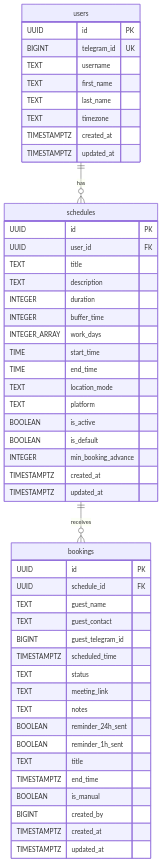
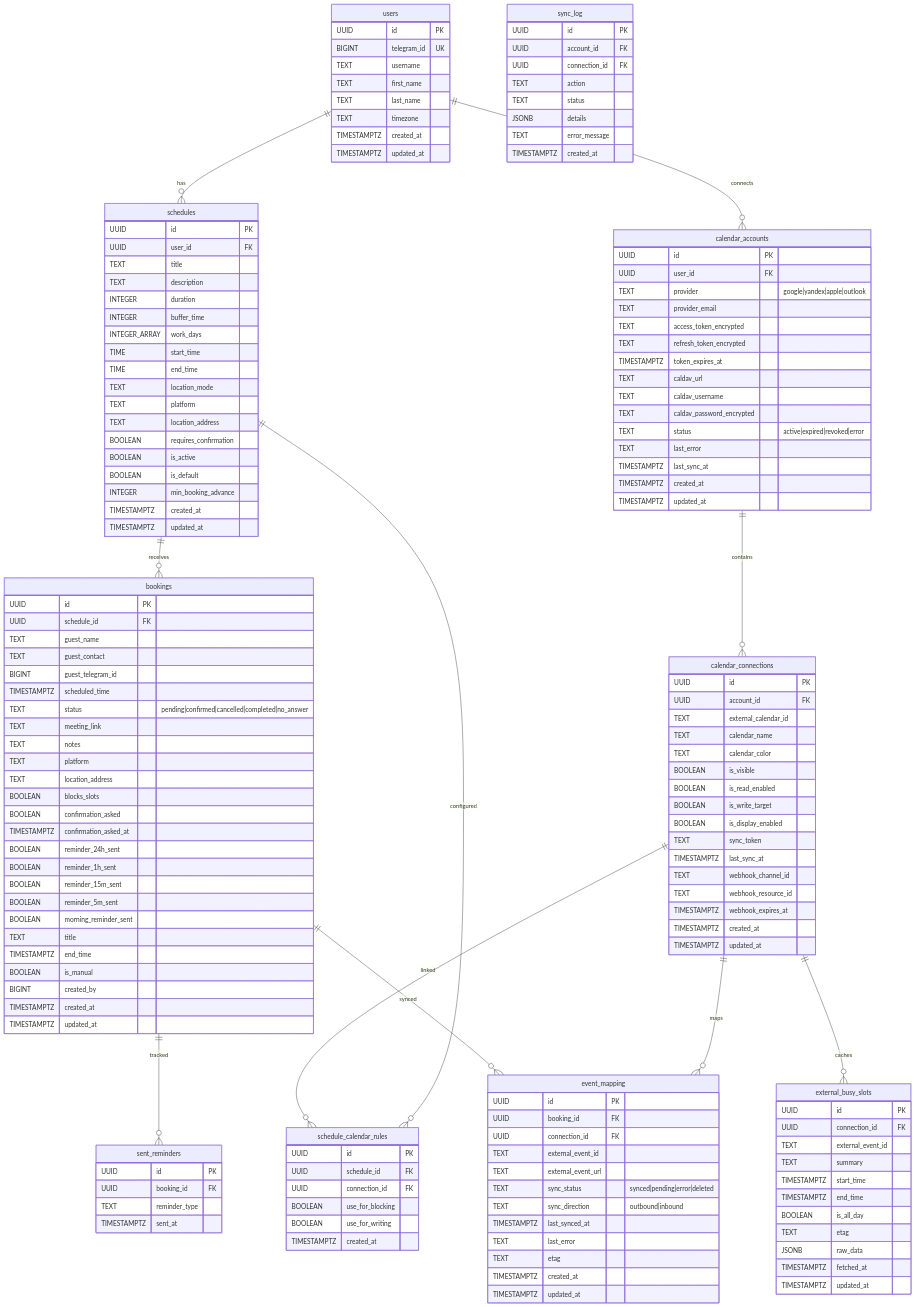
The fourth of 8 diagrams in docs/ARCHITECTURE.md (iwantproger/do_vstrechi), drawn with Mermaid before and after one commit. The commit also changed other lines of this file and 8 other files, not shown here.

````diff
--- a/docs/ARCHITECTURE.md
+++ b/docs/ARCHITECTURE.md
@@ -188,7 +227,15 @@
 ```mermaid
 erDiagram
     users ||--o{ schedules : "has"
+    users ||--o{ calendar_accounts : "connects"
     schedules ||--o{ bookings : "receives"
+    schedules ||--o{ schedule_calendar_rules : "configured"
+    calendar_accounts ||--o{ calendar_connections : "contains"
+    calendar_connections ||--o{ schedule_calendar_rules : "linked"
+    calendar_connections ||--o{ external_busy_slots : "caches"
+    calendar_connections ||--o{ event_mapping : "maps"
+    bookings ||--o{ event_mapping : "synced"
+    bookings ||--o{ sent_reminders : "tracked"
 
     users {
         UUID id PK
@@ -213,6 +260,8 @@
         TIME end_time
         TEXT location_mode
         TEXT platform
+        TEXT location_address
+        BOOLEAN requires_confirmation
         BOOLEAN is_active
         BOOLEAN is_default
         INTEGER min_booking_advance
@@ -227,11 +276,19 @@
         TEXT guest_contact
         BIGINT guest_telegram_id
         TIMESTAMPTZ scheduled_time
-        TEXT status
+        TEXT status "pending|confirmed|cancelled|completed|no_answer"
         TEXT meeting_link
         TEXT notes
+        TEXT platform
+        TEXT location_address
+        BOOLEAN blocks_slots
+        BOOLEAN confirmation_asked
+        TIMESTAMPTZ confirmation_asked_at
         BOOLEAN reminder_24h_sent
         BOOLEAN reminder_1h_sent
+        BOOLEAN reminder_15m_sent
+        BOOLEAN reminder_5m_sent
+        BOOLEAN morning_reminder_sent
         TEXT title
         TIMESTAMPTZ end_time
         BOOLEAN is_manual
@@ -239,4 +296,97 @@
         TIMESTAMPTZ created_at
         TIMESTAMPTZ updated_at
     }
+
+    calendar_accounts {
+        UUID id PK
+        UUID user_id FK
+        TEXT provider "google|yandex|apple|outlook"
+        TEXT provider_email
+        TEXT access_token_encrypted
+        TEXT refresh_token_encrypted
+        TIMESTAMPTZ token_expires_at
+        TEXT caldav_url
+        TEXT caldav_username
+        TEXT caldav_password_encrypted
+        TEXT status "active|expired|revoked|error"
+        TEXT last_error
+        TIMESTAMPTZ last_sync_at
+        TIMESTAMPTZ created_at
+        TIMESTAMPTZ updated_at
+    }
+
+    calendar_connections {
+        UUID id PK
+        UUID account_id FK
+        TEXT external_calendar_id
+        TEXT calendar_name
+        TEXT calendar_color
+        BOOLEAN is_visible
+        BOOLEAN is_read_enabled
+        BOOLEAN is_write_target
+        BOOLEAN is_display_enabled
+        TEXT sync_token
+        TIMESTAMPTZ last_sync_at
+        TEXT webhook_channel_id
+        TEXT webhook_resource_id
+        TIMESTAMPTZ webhook_expires_at
+        TIMESTAMPTZ created_at
+        TIMESTAMPTZ updated_at
+    }
+
+    schedule_calendar_rules {
+        UUID id PK
+        UUID schedule_id FK
+        UUID connection_id FK
+        BOOLEAN use_for_blocking
+        BOOLEAN use_for_writing
+        TIMESTAMPTZ created_at
+    }
+
+    external_busy_slots {
+        UUID id PK
+        UUID connection_id FK
+        TEXT external_event_id
+        TEXT summary
+        TIMESTAMPTZ start_time
+        TIMESTAMPTZ end_time
+        BOOLEAN is_all_day
+        TEXT etag
+        JSONB raw_data
+        TIMESTAMPTZ fetched_at
+        TIMESTAMPTZ updated_at
+    }
+
+    event_mapping {
+        UUID id PK
+        UUID booking_id FK
+        UUID connection_id FK
+        TEXT external_event_id
+        TEXT external_event_url
+        TEXT sync_status "synced|pending|error|deleted"
+        TEXT sync_direction "outbound|inbound"
+        TIMESTAMPTZ last_synced_at
+        TEXT last_error
+        TEXT etag
+        TIMESTAMPTZ created_at
+        TIMESTAMPTZ updated_at
+    }
+
+    sync_log {
+        UUID id PK
+        UUID account_id FK
+        UUID connection_id FK
+        TEXT action
+        TEXT status
+        JSONB details
+        TEXT error_message
+        TIMESTAMPTZ created_at
+    }
+
+    sent_reminders {
+        UUID id PK
+        UUID booking_id FK
+        TEXT reminder_type
+        TIMESTAMPTZ sent_at
+    }
 ```
````
